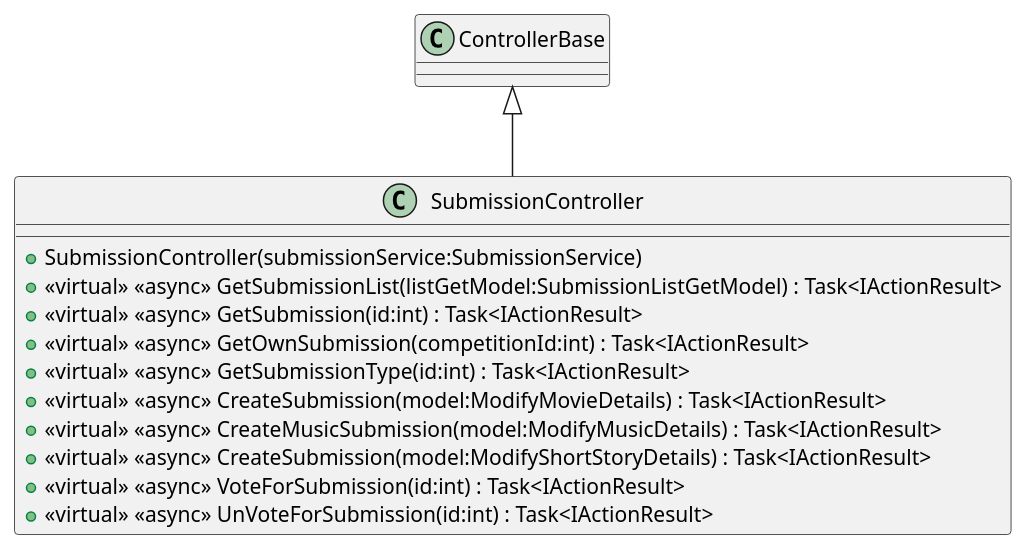
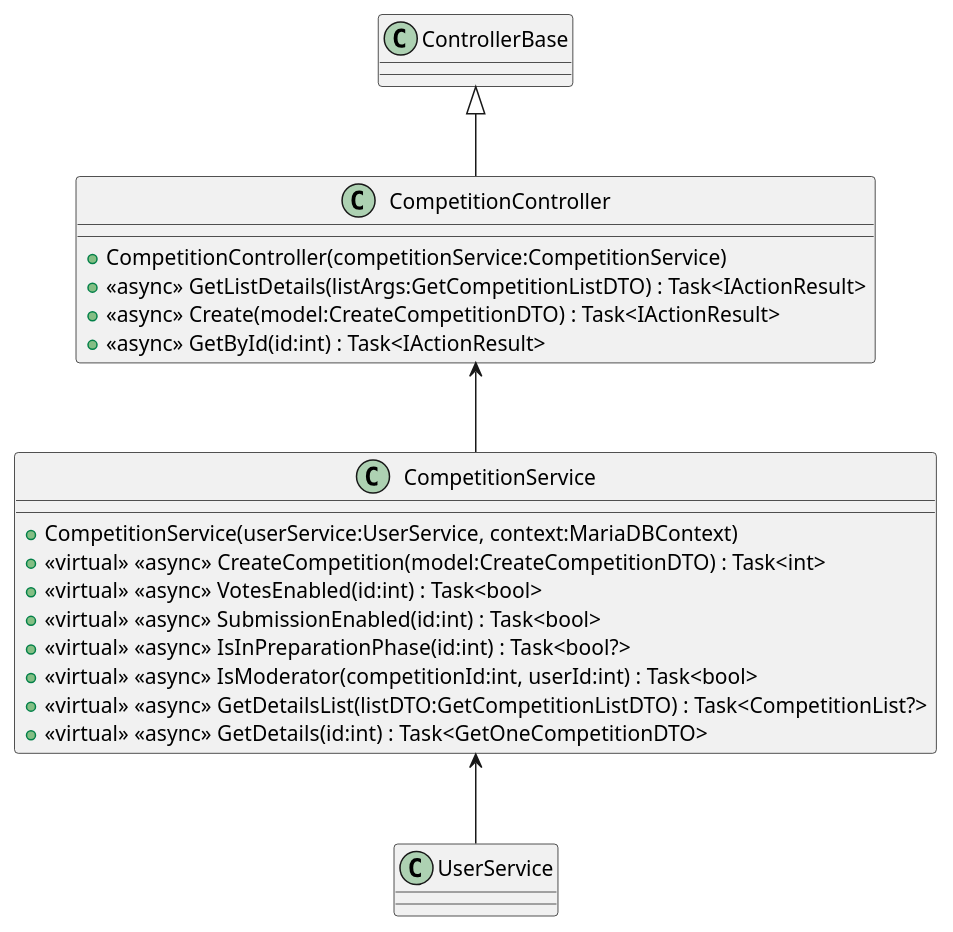
Before and after one commit to CserpakRobert/bsc_szakdolgozat: the diagram in plantuml/Backend/Controllers/SubmissionController.puml, drawn with PlantUML. The commit also changed 16 other files, not shown here.

```diff
--- a/plantuml/Backend/Controllers/SubmissionController.puml
+++ b/plantuml/Backend/Controllers/SubmissionController.puml
@@ -1,15 +1,21 @@
-@startuml
-class SubmissionController {
-    + SubmissionController(submissionService:SubmissionService)
-    + <<virtual>> <<async>> GetSubmissionList(listGetModel:SubmissionListGetModel) : Task<IActionResult>
-    + <<virtual>> <<async>> GetSubmission(id:int) : Task<IActionResult>
-    + <<virtual>> <<async>> GetOwnSubmission(competitionId:int) : Task<IActionResult>
-    + <<virtual>> <<async>> GetSubmissionType(id:int) : Task<IActionResult>
-    + <<virtual>> <<async>> CreateSubmission(model:ModifyMovieDetails) : Task<IActionResult>
-    + <<virtual>> <<async>> CreateMusicSubmission(model:ModifyMusicDetails) : Task<IActionResult>
-    + <<virtual>> <<async>> CreateSubmission(model:ModifyShortStoryDetails) : Task<IActionResult>
-    + <<virtual>> <<async>> VoteForSubmission(id:int) : Task<IActionResult>
-    + <<virtual>> <<async>> UnVoteForSubmission(id:int) : Task<IActionResult>
+@startuml asd
+class CompetitionController {
+    + CompetitionController(competitionService:CompetitionService)
+    + <<async>> GetListDetails(listArgs:GetCompetitionListDTO) : Task<IActionResult>
+    + <<async>> Create(model:CreateCompetitionDTO) : Task<IActionResult>
+    + <<async>> GetById(id:int) : Task<IActionResult>
 }
-ControllerBase <|-- SubmissionController
+class CompetitionService {
+    + CompetitionService(userService:UserService, context:MariaDBContext)
+    + <<virtual>> <<async>> CreateCompetition(model:CreateCompetitionDTO) : Task<int>
+    + <<virtual>> <<async>> VotesEnabled(id:int) : Task<bool>
+    + <<virtual>> <<async>> SubmissionEnabled(id:int) : Task<bool>
+    + <<virtual>> <<async>> IsInPreparationPhase(id:int) : Task<bool?>
+    + <<virtual>> <<async>> IsModerator(competitionId:int, userId:int) : Task<bool>
+    + <<virtual>> <<async>> GetDetailsList(listDTO:GetCompetitionListDTO) : Task<CompetitionList?>
+    + <<virtual>> <<async>> GetDetails(id:int) : Task<GetOneCompetitionDTO>
+}
+ControllerBase <|-- CompetitionController
+CompetitionController <-- CompetitionService
+CompetitionService <-- UserService
 @enduml
```
